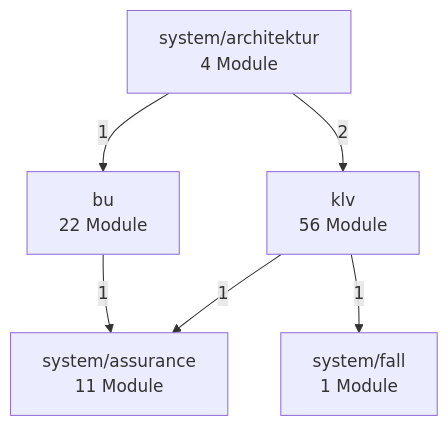
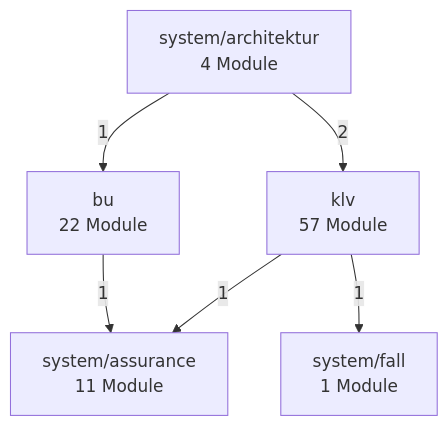
Before and after one commit to bartlmac/rechner-pipeline: the second of 3 diagrams in docs/architektur/landkarte.md, drawn with Mermaid. The commit also changed other lines of this file and 2 other files, not shown here.

````diff
--- a/docs/architektur/landkarte.md
+++ b/docs/architektur/landkarte.md
@@ -73,14 +73,14 @@
 ```mermaid
 %% Fachknoten — erzeugt von ontologie.landkarte
 flowchart TD
     bu["bu<br/>22 Module"]
-    klv["klv<br/>56 Module"]
+    klv["klv<br/>57 Module"]
     system_architektur["system/architektur<br/>4 Module"]
     system_assurance["system/assurance<br/>11 Module"]
     system_fall["system/fall<br/>1 Module"]
     bu -- 1 --> system_assurance
     klv -- 1 --> system_assurance
     klv -- 1 --> system_fall
     system_architektur -- 1 --> bu
     system_architektur -- 2 --> klv
 ```
````
